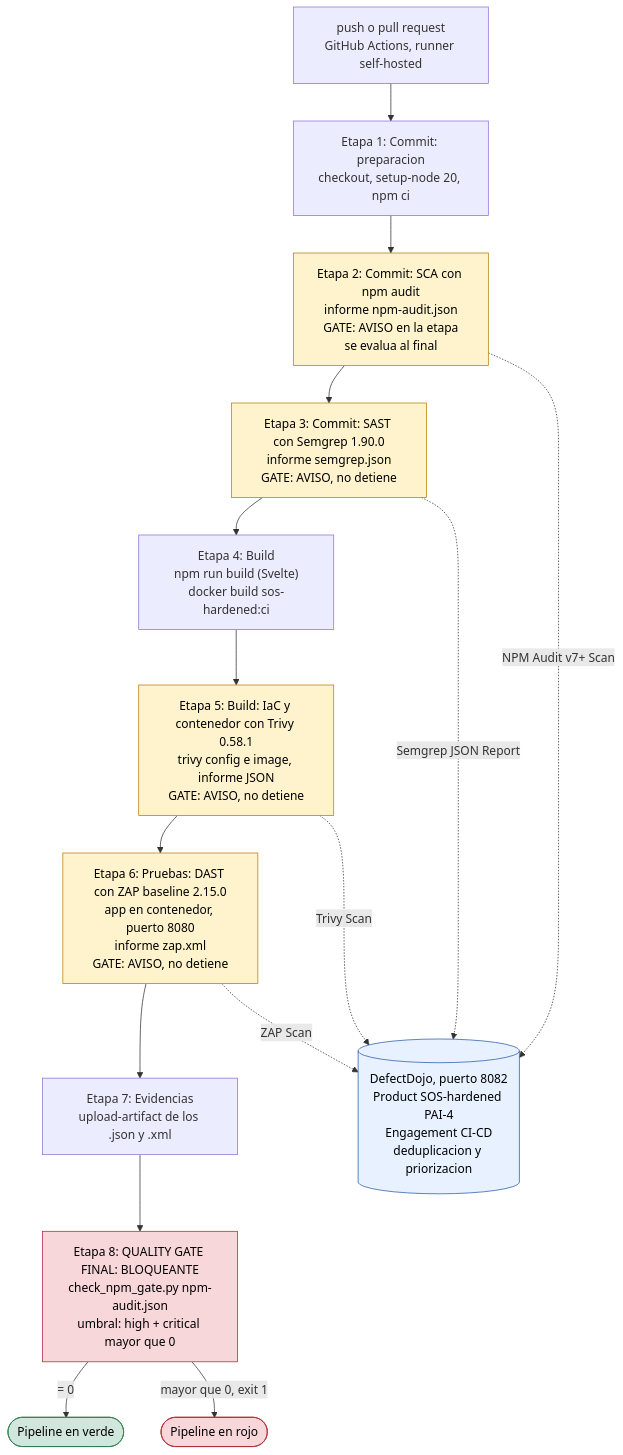
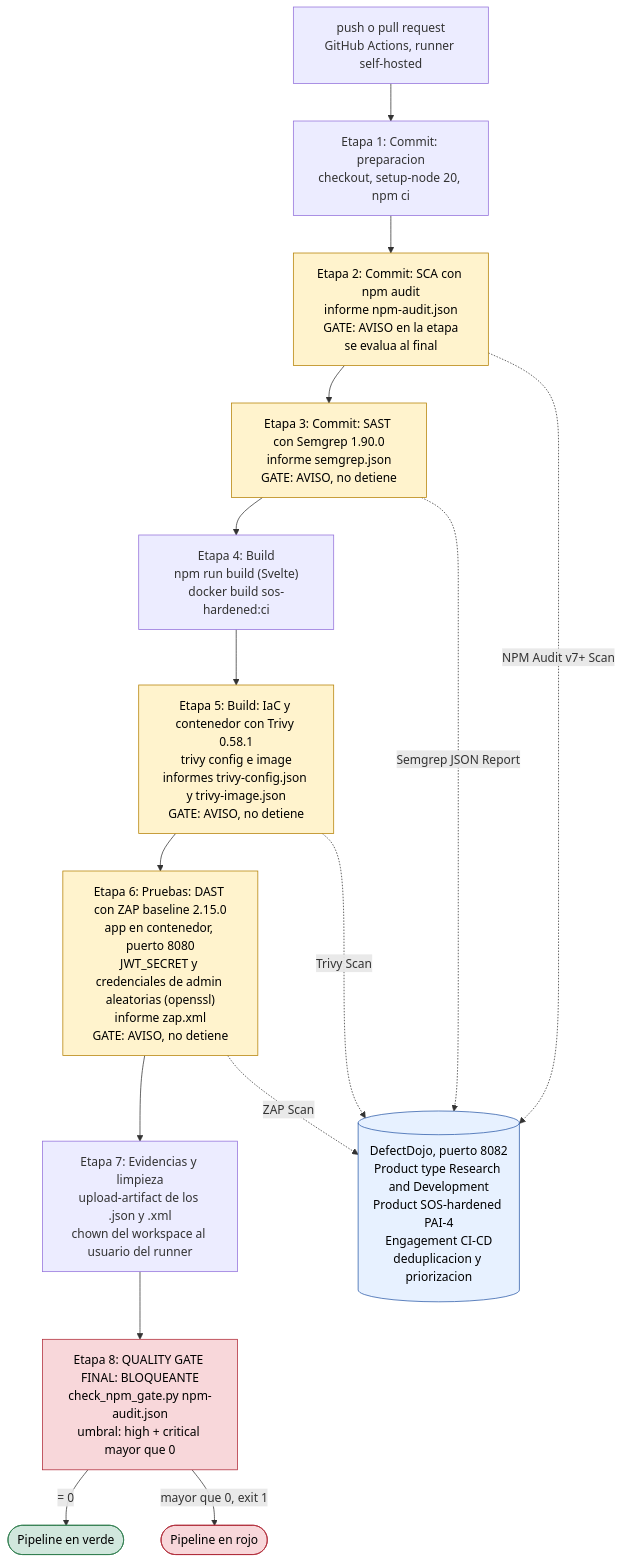
One commit to Ridawo/SOS-hardened changed the diagram in devsecops/diagrams/pipeline.mmd. Above: the diagram before and after it, drawn with Mermaid. The commit also changed 1 other file, not shown here.

Commit message:
docs(devsecops): align pipeline diagram and runner guide with the workflow

```diff
--- a/devsecops/diagrams/pipeline.mmd
+++ b/devsecops/diagrams/pipeline.mmd
@@ -1,46 +1,46 @@
 %% Diagrama 1.a: pipeline DevSecOps de SOS-hardened (GitHub Actions, runner self-hosted)
 %% Fichero del pipeline: .github/workflows/devsecops.yml
 %% Amarillo = quality gate en modo AVISO, rojo = quality gate BLOQUEANTE
 flowchart TD
     DEV["push o pull request<br/>GitHub Actions, runner self-hosted"] --> E1
 
     E1["Etapa 1: Commit: preparacion<br/>checkout, setup-node 20, npm ci"]
     E1 --> SCA
 
     SCA["Etapa 2: Commit: SCA con npm audit<br/>informe npm-audit.json<br/>GATE: AVISO en la etapa<br/>se evalua al final"]
     SCA --> SAST
 
     SAST["Etapa 3: Commit: SAST con Semgrep 1.90.0<br/>informe semgrep.json<br/>GATE: AVISO, no detiene"]
     SAST --> BUILD
 
     BUILD["Etapa 4: Build<br/>npm run build (Svelte)<br/>docker build sos-hardened:ci"]
     BUILD --> TRIVY
 
-    TRIVY["Etapa 5: Build: IaC y contenedor con Trivy 0.58.1<br/>trivy config e image, informe JSON<br/>GATE: AVISO, no detiene"]
+    TRIVY["Etapa 5: Build: IaC y contenedor con Trivy 0.58.1<br/>trivy config e image<br/>informes trivy-config.json y trivy-image.json<br/>GATE: AVISO, no detiene"]
     TRIVY --> DAST
 
-    DAST["Etapa 6: Pruebas: DAST con ZAP baseline 2.15.0<br/>app en contenedor, puerto 8080<br/>informe zap.xml<br/>GATE: AVISO, no detiene"]
+    DAST["Etapa 6: Pruebas: DAST con ZAP baseline 2.15.0<br/>app en contenedor, puerto 8080<br/>JWT_SECRET y credenciales de admin aleatorias (openssl)<br/>informe zap.xml<br/>GATE: AVISO, no detiene"]
     DAST --> ART
 
-    ART["Etapa 7: Evidencias<br/>upload-artifact de los .json y .xml"]
+    ART["Etapa 7: Evidencias y limpieza<br/>upload-artifact de los .json y .xml<br/>chown del workspace al usuario del runner"]
     ART --> GATE
 
     GATE["Etapa 8: QUALITY GATE FINAL: BLOQUEANTE<br/>check_npm_gate.py npm-audit.json<br/>umbral: high + critical mayor que 0"]
     GATE -->|"= 0"| OK(["Pipeline en verde"])
     GATE -->|"mayor que 0, exit 1"| KO(["Pipeline en rojo"])
 
-    DOJO[("DefectDojo, puerto 8082<br/>Product SOS-hardened PAI-4<br/>Engagement CI-CD<br/>deduplicacion y priorizacion")]
+    DOJO[("DefectDojo, puerto 8082<br/>Product type Research and Development<br/>Product SOS-hardened PAI-4<br/>Engagement CI-CD<br/>deduplicacion y priorizacion")]
 
     SCA -.->|"NPM Audit v7+ Scan"| DOJO
     SAST -.->|"Semgrep JSON Report"| DOJO
     TRIVY -.->|"Trivy Scan"| DOJO
     DAST -.->|"ZAP Scan"| DOJO
 
     classDef aviso fill:#fff3cd,stroke:#b58105,color:#000
     classDef bloqueante fill:#f8d7da,stroke:#b02a37,color:#000
     classDef ok fill:#d1e7dd,stroke:#2f7d4f,color:#000
     classDef dojo fill:#e7f1ff,stroke:#2b5aa8,color:#000
     class SCA,SAST,TRIVY,DAST aviso
     class GATE,KO bloqueante
     class OK ok
     class DOJO dojo
```
